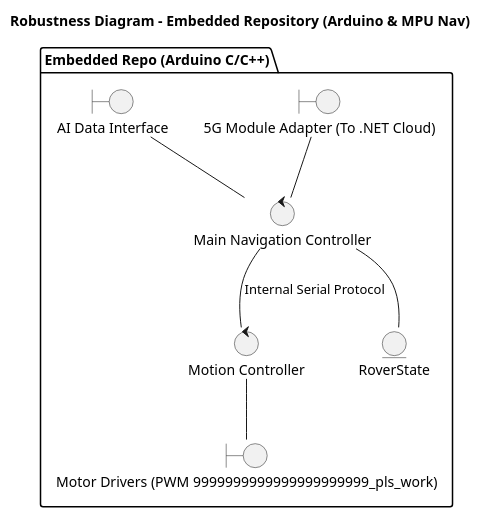
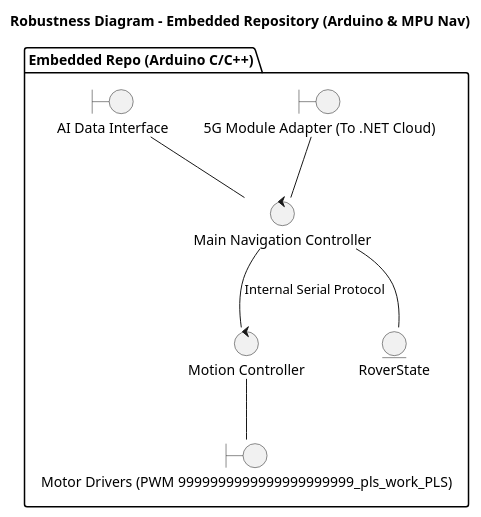
One commit to NOKIA-5G-SOS-Rover/Integrator changed the diagram in docs/architecture/diagrams/structural/embedded_bce.puml. Above: the diagram before and after it, drawn with PlantUML.

Commit message:
try no.3 github actions

```diff
--- a/docs/architecture/diagrams/structural/embedded_bce.puml
+++ b/docs/architecture/diagrams/structural/embedded_bce.puml
@@ -1,24 +1,24 @@
 @startuml embedded_bce
 title Robustness Diagram - Embedded Repository (Arduino & MPU Nav)
 
 skinparam backgroundColor white
 skinparam componentStyle uml2
 
 package "Embedded Repo (Arduino C/C++)" {
     boundary "5G Module Adapter (To .NET Cloud)" as 5GBnd
-    boundary "Motor Drivers (PWM 9999999999999999999999_pls_work)" as MotorBnd
+    boundary "Motor Drivers (PWM 9999999999999999999999_pls_work_PLS)" as MotorBnd
     boundary "AI Data Interface" as AIBnd
     
     control "Main Navigation Controller" as NavCtrl
     control "Motion Controller" as MotionCtrl
     
     entity "RoverState" as StateEnt
     
     5GBnd -- NavCtrl
     AIBnd -- NavCtrl
     NavCtrl -- StateEnt
     
     NavCtrl -- MotionCtrl : Internal Serial Protocol
     MotionCtrl -- MotorBnd
 }
 @enduml
```
